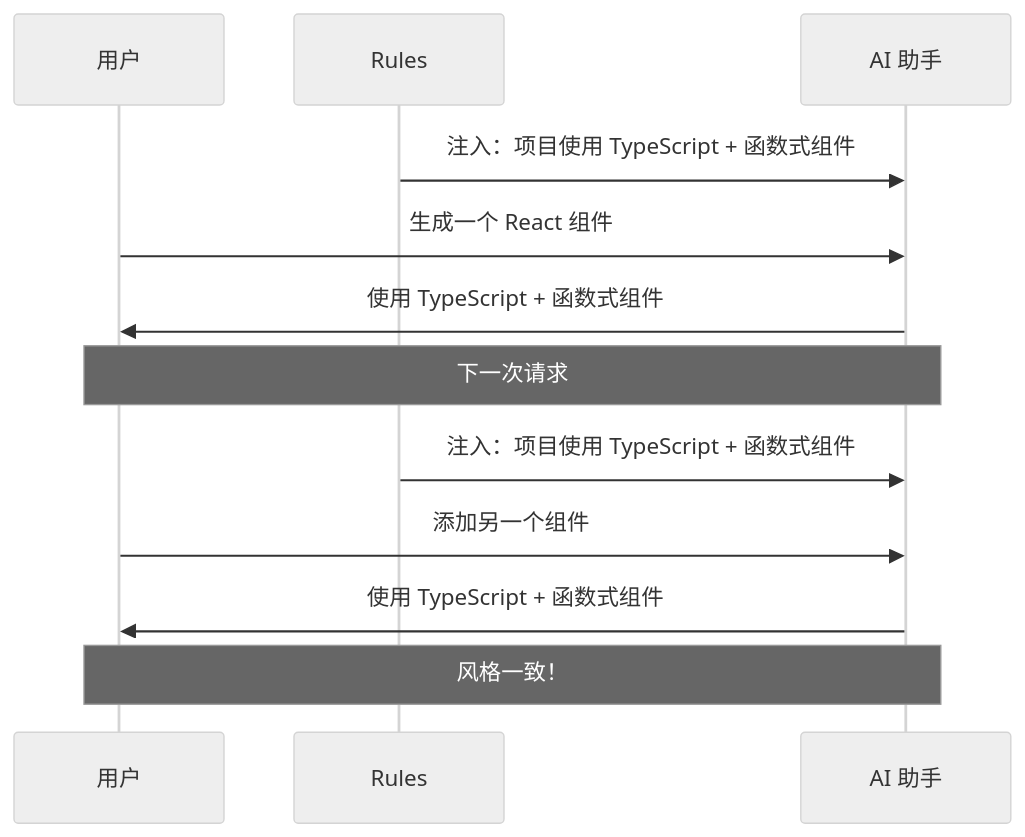
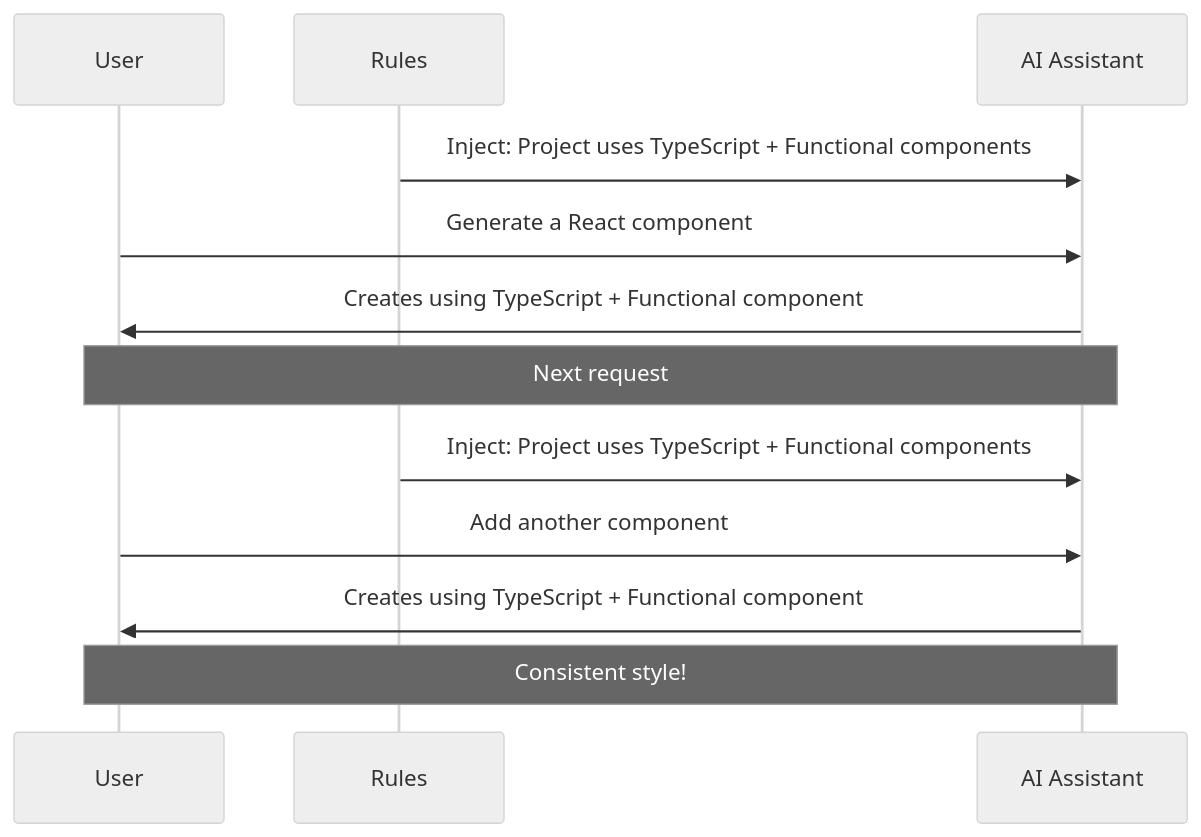
The third of 6 diagrams in 02-rules/README.md (DDR187/cursor-howto), drawn with Mermaid (neutral theme) before and after one commit. The commit also changed other lines of this file and 22 other files, not shown here.

````diff
--- a/02-rules/README.md
+++ b/02-rules/README.md
@@ -68,20 +68,20 @@
 ```mermaid
 sequenceDiagram
-    participant U as 用户
+    participant U as User
     participant R as Rules
-    participant AI as AI 助手
+    participant AI as AI Assistant
     
-    R->>AI: 注入：项目使用 TypeScript + 函数式组件
+    R->>AI: Inject: Project uses TypeScript + Functional components
     
-    U->>AI: 生成一个 React 组件
-    AI->>U: 使用 TypeScript + 函数式组件
+    U->>AI: Generate a React component
+    AI->>U: Creates using TypeScript + Functional component
     
-    Note over U,AI: 下一次请求
+    Note over U,AI: Next request
     
-    R->>AI: 注入：项目使用 TypeScript + 函数式组件
+    R->>AI: Inject: Project uses TypeScript + Functional components
     
-    U->>AI: 添加另一个组件
-    AI->>U: 使用 TypeScript + 函数式组件
+    U->>AI: Add another component
+    AI->>U: Creates using TypeScript + Functional component
     
-    Note over U,AI: 风格一致！
+    Note over U,AI: Consistent style!
 ```
````
